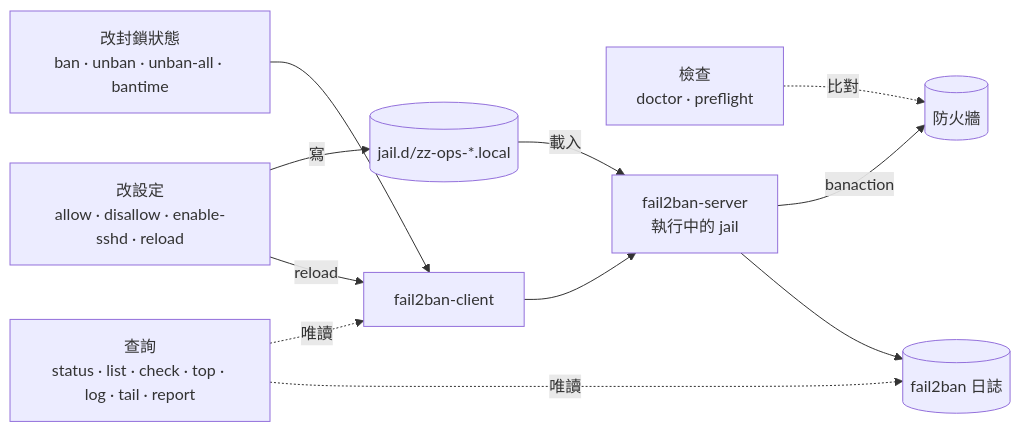
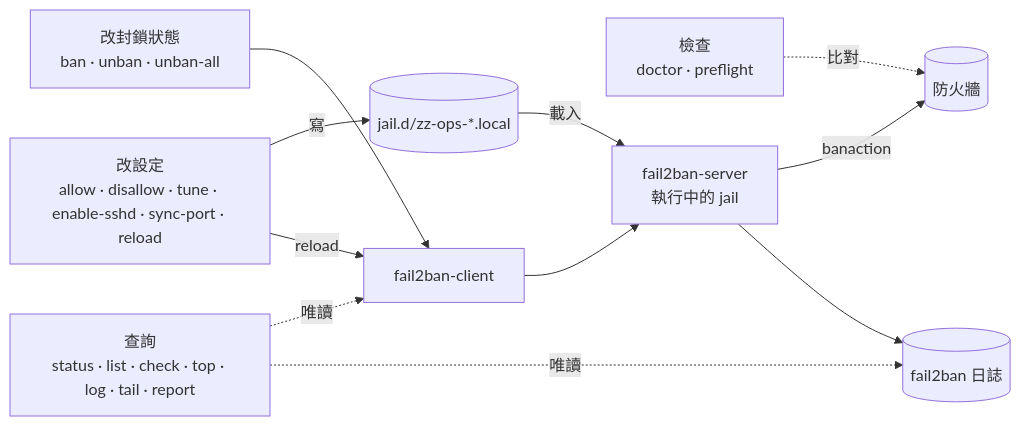
Before and after one commit to cxhil-yixian/OPS-command: the second of 3 diagrams in FAIL2BAN/README.md, drawn with Mermaid. The commit also changed other lines of this file and 6 other files, not shown here.

First line of the commit message:
fail2ban：可修改封鎖門檻,換 SSH 埠時自動同步 sshd jail

````diff
--- a/FAIL2BAN/README.md
+++ b/FAIL2BAN/README.md
@@ -98,24 +102,24 @@
 ```mermaid
 flowchart LR
-    g_state["改封鎖狀態<br/>ban · unban · unban-all · bantime"]
-    g_conf["改設定<br/>allow · disallow · enable-sshd · reload"]
+    g_state["改封鎖狀態<br/>ban · unban · unban-all"]
+    g_conf["改設定<br/>allow · disallow · tune · enable-sshd · sync-port · reload"]
     g_read["查詢<br/>status · list · check · top · log · tail · report"]
     g_doc["檢查<br/>doctor · preflight"]
 
     jaild[("jail.d/zz-ops-*.local")]
     client["fail2ban-client"]
     server["fail2ban-server<br/>執行中的 jail"]
     fw[("防火牆")]
     f2blog[("fail2ban 日誌")]
 
     g_state --> client
     g_conf -- 寫 --> jaild
     g_conf -- reload --> client
     g_read -. 唯讀 .-> client
     g_read -. 唯讀 .-> f2blog
     client --> server
     jaild -- 載入 --> server
     server -- banaction --> fw
     server --> f2blog
     g_doc -. 比對 .-> fw
 ```
````
